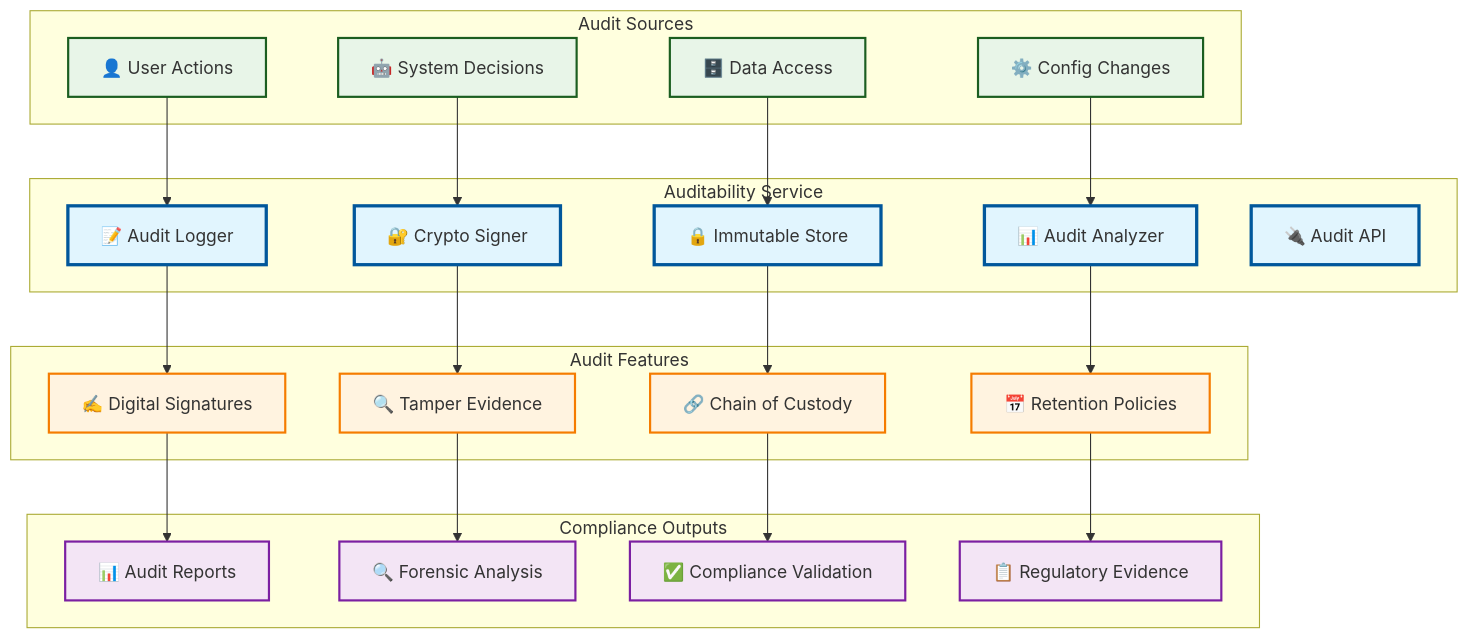
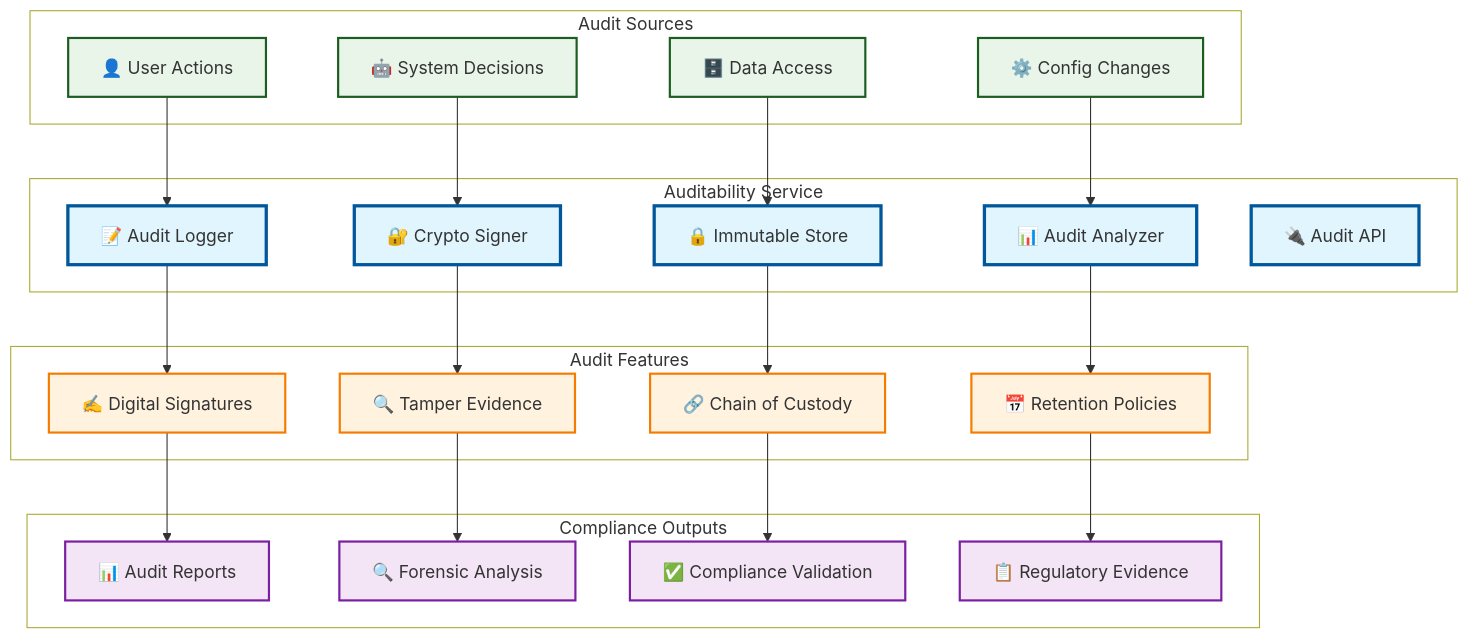
The diagram in services/auditability/README.md (suprachakra/AtlasMesh-Fleet-OS), drawn with Mermaid before and after one commit. The commit also changed other lines of this file, not shown here.

````diff
--- a/services/auditability/README.md
+++ b/services/auditability/README.md
@@ -8,56 +8,61 @@
 ```mermaid
 graph TB
     subgraph "Audit Sources"
         UserActions[👤 User Actions]
         SystemDecisions[🤖 System Decisions]
         DataAccess[🗄️ Data Access]
         ConfigChanges[⚙️ Config Changes]
     end
     
     subgraph "Auditability Service"
         AuditLogger[📝 Audit Logger]
         CryptoSigner[🔐 Crypto Signer]
         ImmutableStore[🔒 Immutable Store]
         AuditAnalyzer[📊 Audit Analyzer]
         AuditAPI[🔌 Audit API]
     end
     
     subgraph "Audit Features"
         DigitalSignatures[✍️ Digital Signatures]
         TamperEvidence[🔍 Tamper Evidence]
         ChainOfCustody[🔗 Chain of Custody]
         RetentionPolicies[📅 Retention Policies]
     end
     
     subgraph "Compliance Outputs"
         AuditReports[📊 Audit Reports]
         ForensicAnalysis[🔍 Forensic Analysis]
         ComplianceValidation[✅ Compliance Validation]
         RegulatoryEvidence[📋 Regulatory Evidence]
     end
     
     UserActions --> AuditLogger
     SystemDecisions --> CryptoSigner
     DataAccess --> ImmutableStore
     ConfigChanges --> AuditAnalyzer
     
     AuditLogger --> DigitalSignatures
     CryptoSigner --> TamperEvidence
     ImmutableStore --> ChainOfCustody
     AuditAnalyzer --> RetentionPolicies
     
     DigitalSignatures --> AuditReports
     TamperEvidence --> ForensicAnalysis
     ChainOfCustody --> ComplianceValidation
     RetentionPolicies --> RegulatoryEvidence
     
     classDef source fill:#e8f5e8,stroke:#1b5e20,stroke-width:2px
     classDef audit fill:#e1f5fe,stroke:#01579b,stroke-width:3px
     classDef feature fill:#fff3e0,stroke:#f57c00,stroke-width:2px
     classDef output fill:#f3e5f5,stroke:#7b1fa2,stroke-width:2px
     
     class UserActions,SystemDecisions,DataAccess,ConfigChanges source
     class AuditLogger,CryptoSigner,ImmutableStore,AuditAnalyzer,AuditAPI audit
     class DigitalSignatures,TamperEvidence,ChainOfCustody,RetentionPolicies feature
     class AuditReports,ForensicAnalysis,ComplianceValidation,RegulatoryEvidence output
+
+    style subGraph0 fill:transparent
+    style subGraph1 fill:transparent
+    style subGraph2 fill:transparent
+    style subGraph3 fill:transparent
 ```
````
